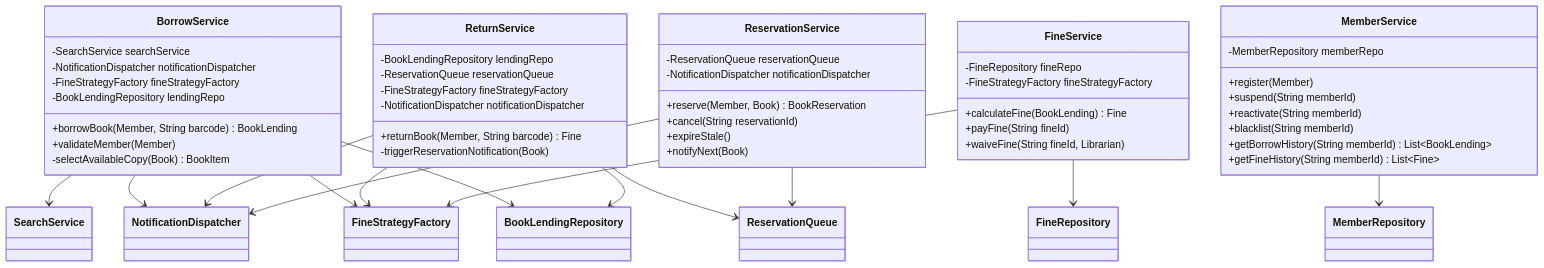
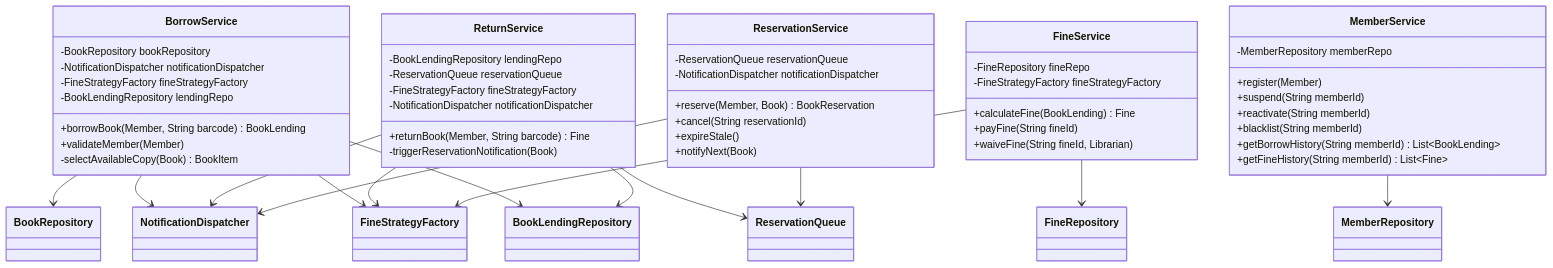
Before and after one commit to Arnavjain1703/LLD: the eighth of 10 diagrams in LibraryManagementSystem/class-diagram.md, drawn with Mermaid. The commit also changed other lines of this file and 1 other file, not shown here.

````diff
--- a/LibraryManagementSystem/class-diagram.md
+++ b/LibraryManagementSystem/class-diagram.md
@@ -326,62 +341,62 @@
 ```mermaid
 classDiagram
     class BorrowService {
-        -SearchService searchService
+        -BookRepository bookRepository
         -NotificationDispatcher notificationDispatcher
         -FineStrategyFactory fineStrategyFactory
         -BookLendingRepository lendingRepo
         +borrowBook(Member, String barcode) BookLending
         +validateMember(Member)
         -selectAvailableCopy(Book) BookItem
     }
 
     class ReturnService {
         -BookLendingRepository lendingRepo
         -ReservationQueue reservationQueue
         -FineStrategyFactory fineStrategyFactory
         -NotificationDispatcher notificationDispatcher
         +returnBook(Member, String barcode) Fine
         -triggerReservationNotification(Book)
     }
 
     class ReservationService {
         -ReservationQueue reservationQueue
         -NotificationDispatcher notificationDispatcher
         +reserve(Member, Book) BookReservation
         +cancel(String reservationId)
         +expireStale()
         +notifyNext(Book)
     }
 
     class FineService {
         -FineRepository fineRepo
         -FineStrategyFactory fineStrategyFactory
         +calculateFine(BookLending) Fine
         +payFine(String fineId)
         +waiveFine(String fineId, Librarian)
     }
 
     class MemberService {
         -MemberRepository memberRepo
         +register(Member)
         +suspend(String memberId)
         +reactivate(String memberId)
         +blacklist(String memberId)
         +getBorrowHistory(String memberId) List~BookLending~
         +getFineHistory(String memberId) List~Fine~
     }
 
-    BorrowService --> SearchService
+    BorrowService --> BookRepository
     BorrowService --> NotificationDispatcher
     BorrowService --> FineStrategyFactory
     BorrowService --> BookLendingRepository
     ReturnService --> BookLendingRepository
     ReturnService --> ReservationQueue
     ReturnService --> FineStrategyFactory
     ReturnService --> NotificationDispatcher
     ReservationService --> ReservationQueue
     ReservationService --> NotificationDispatcher
     FineService --> FineRepository
     FineService --> FineStrategyFactory
     MemberService --> MemberRepository
 ```
````
